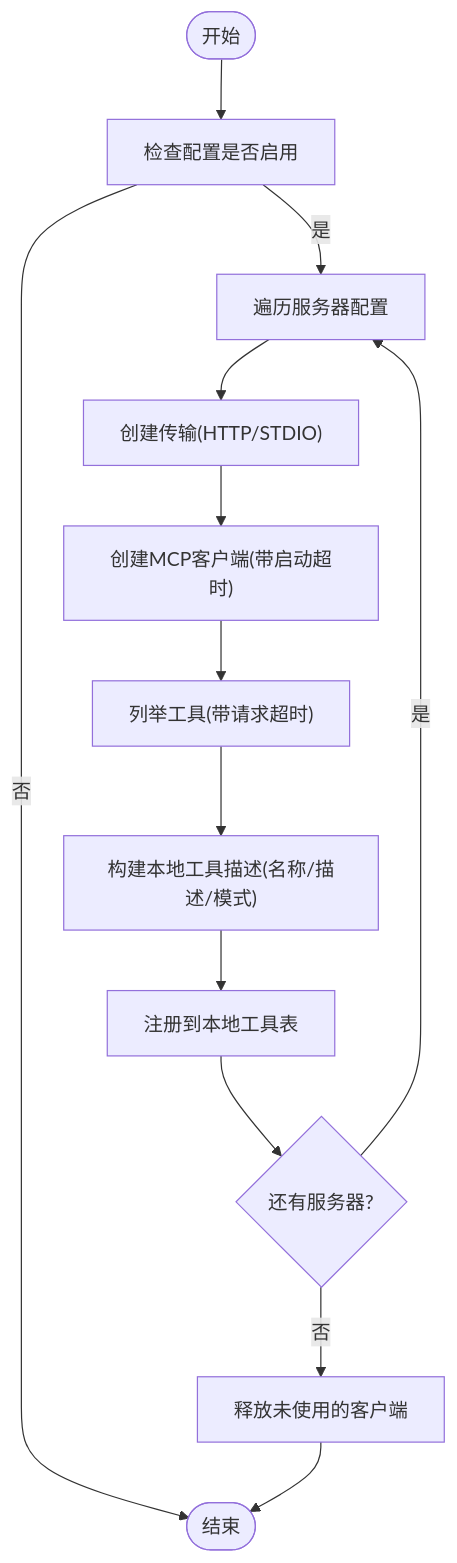
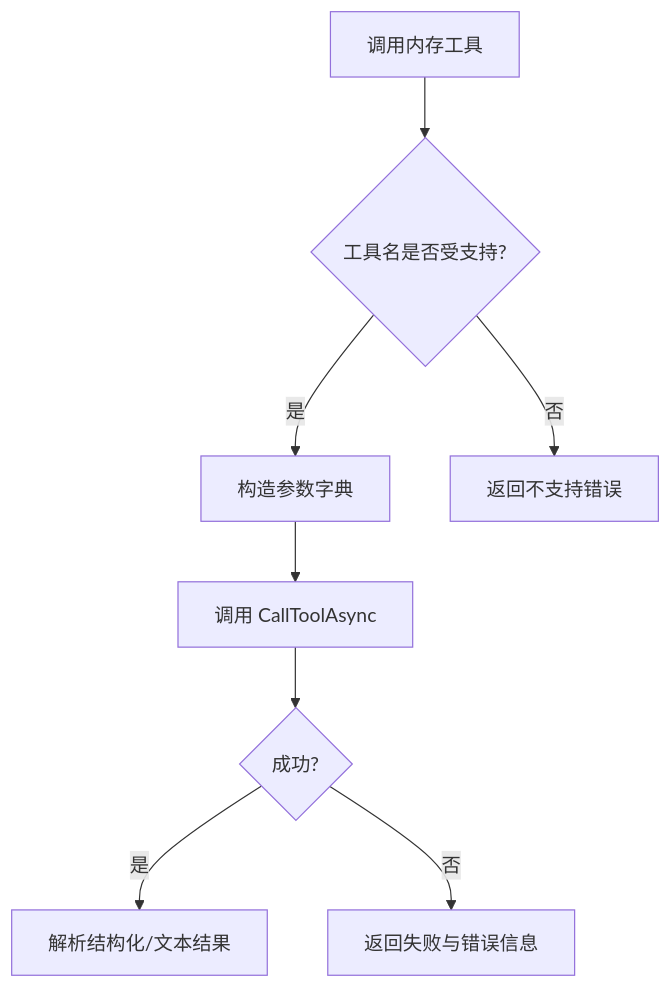
One commit to wayyet/kingcrab changed the tenth of 11 diagrams in .qoder/repowiki/zh/content/API 参考/MCP 协议.md. Above: the diagram before and after it, drawn with Mermaid. The commit also changed other lines of this file and 173 other files, not shown here.

````diff
--- a/.qoder/repowiki/zh/content/API 参考/MCP 协议.md
+++ b/.qoder/repowiki/zh/content/API 参考/MCP 协议.md
@@ -255,15 +348,10 @@
 ```mermaid
 flowchart TD
-S(["开始"]) --> CheckCfg["检查配置是否启用"]
-CheckCfg --> |否| End(["结束"])
-CheckCfg --> |是| Loop["遍历服务器配置"]
-Loop --> CreateTran["创建传输(HTTP/STDIO)"]
-CreateTran --> CreateCli["创建MCP客户端(带启动超时)"]
-CreateCli --> ListTools["列举工具(带请求超时)"]
-ListTools --> BuildDesc["构建本地工具描述(名称/描述/模式)"]
-BuildDesc --> Reg["注册到本地工具表"]
-Reg --> Next{"还有服务器?"}
-Next --> |是| Loop
-Next --> |否| Dispose["释放未使用的客户端"]
-Dispose --> End
+A["调用内存工具"] --> B{"工具名是否受支持?"}
+B --> |是| C["构造参数字典"]
+C --> D["调用 CallToolAsync"]
+D --> E{"成功?"}
+E --> |是| F["解析结构化/文本结果"]
+E --> |否| G["返回失败与错误信息"]
+B --> |否| H["返回不支持错误"]
 ```
````
